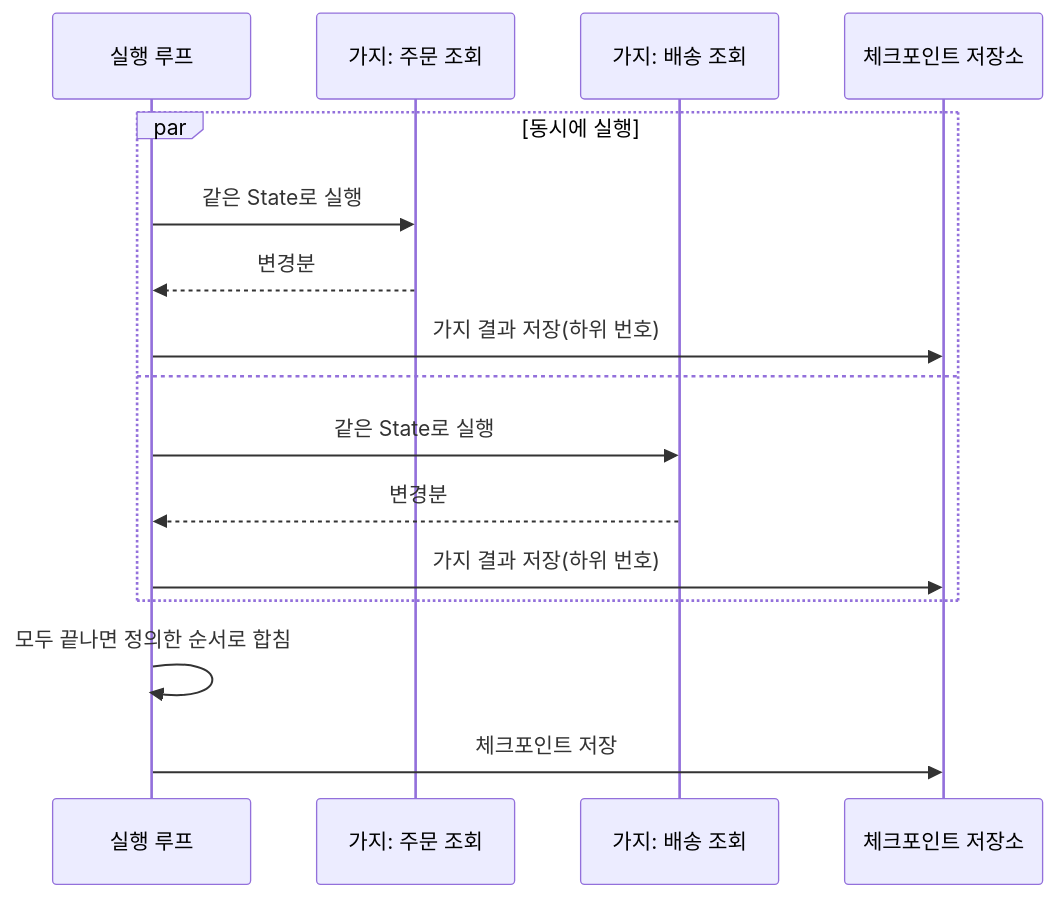
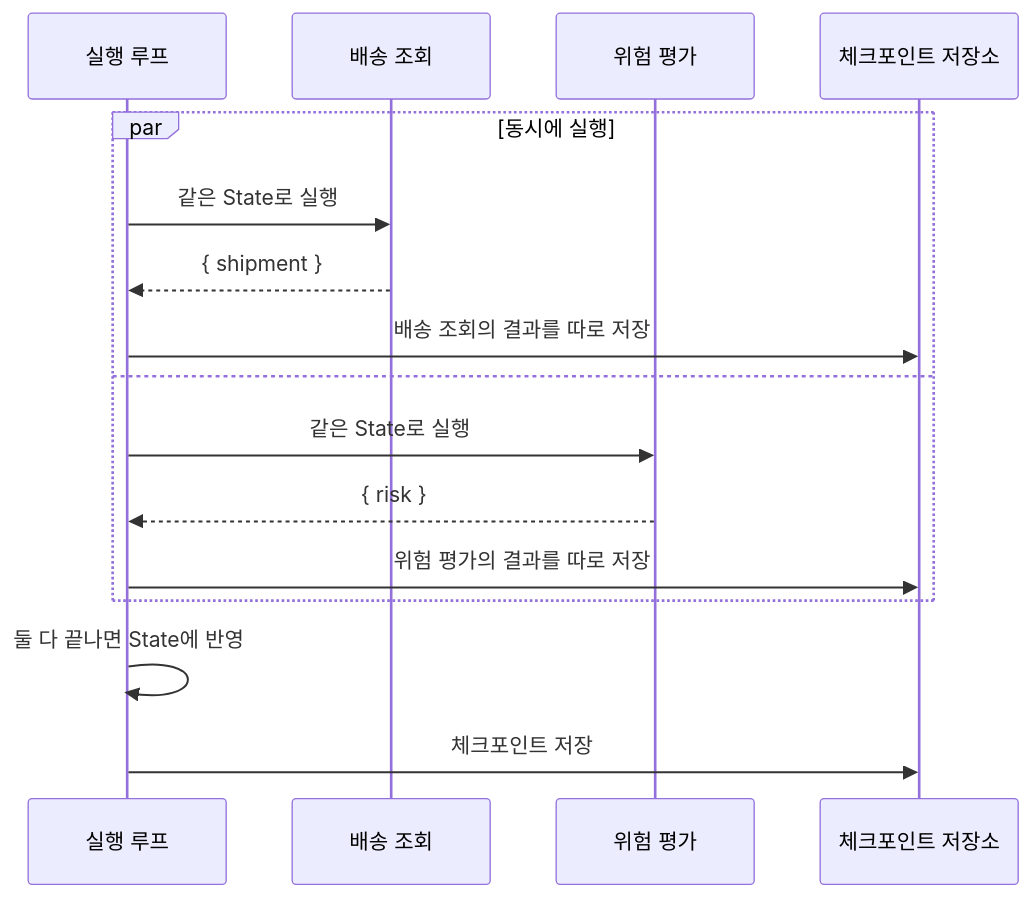
One commit to iwindfree/ai-agent-framework-architecture changed diagram 14 of 15 in 00.architecture.md. Above: the diagram before and after it, drawn with Mermaid. The commit also changed other lines of this file, not shown here.

````diff
--- a/00.architecture.md
+++ b/00.architecture.md
@@ -1268,18 +1287,18 @@
 ```mermaid
 sequenceDiagram
     participant L as 실행 루프
-    participant P1 as 가지: 주문 조회
-    participant P2 as 가지: 배송 조회
+    participant D as 배송 조회
+    participant R as 위험 평가
     participant S as 체크포인트 저장소
     par 동시에 실행
-        L->>P1: 같은 State로 실행
-        P1-->>L: 변경분
-        L->>S: 가지 결과 저장(하위 번호)
+        L->>D: 같은 State로 실행
+        D-->>L: { shipment }
+        L->>S: 배송 조회의 결과를 따로 저장
     and
-        L->>P2: 같은 State로 실행
-        P2-->>L: 변경분
-        L->>S: 가지 결과 저장(하위 번호)
+        L->>R: 같은 State로 실행
+        R-->>L: { risk }
+        L->>S: 위험 평가의 결과를 따로 저장
     end
-    L->>L: 모두 끝나면 정의한 순서로 합침
+    L->>L: 둘 다 끝나면 State에 반영
     L->>S: 체크포인트 저장
 ```
````
